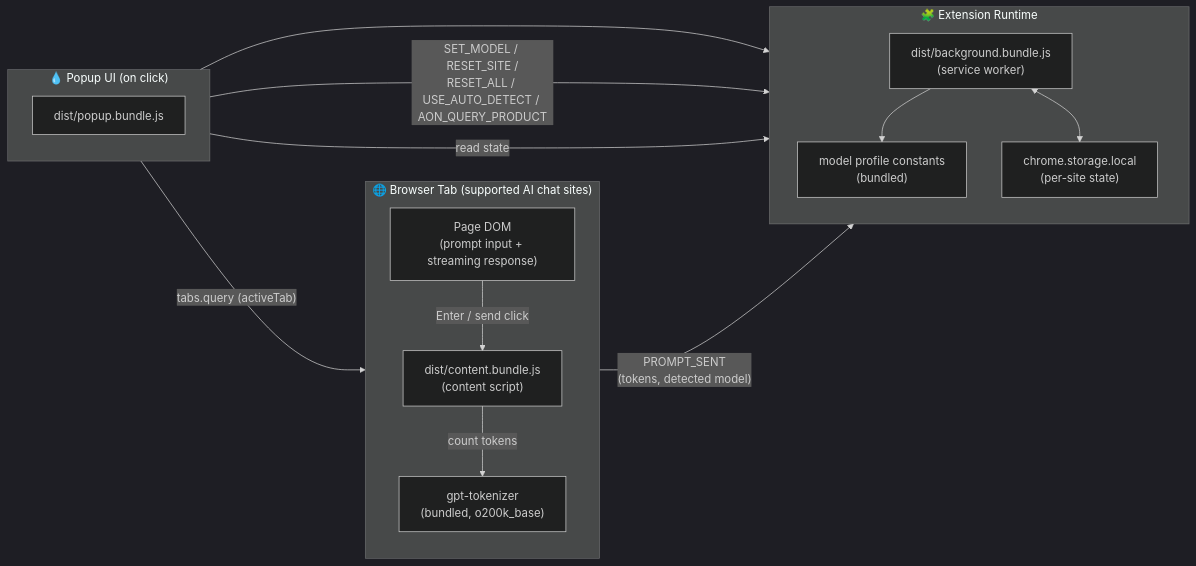
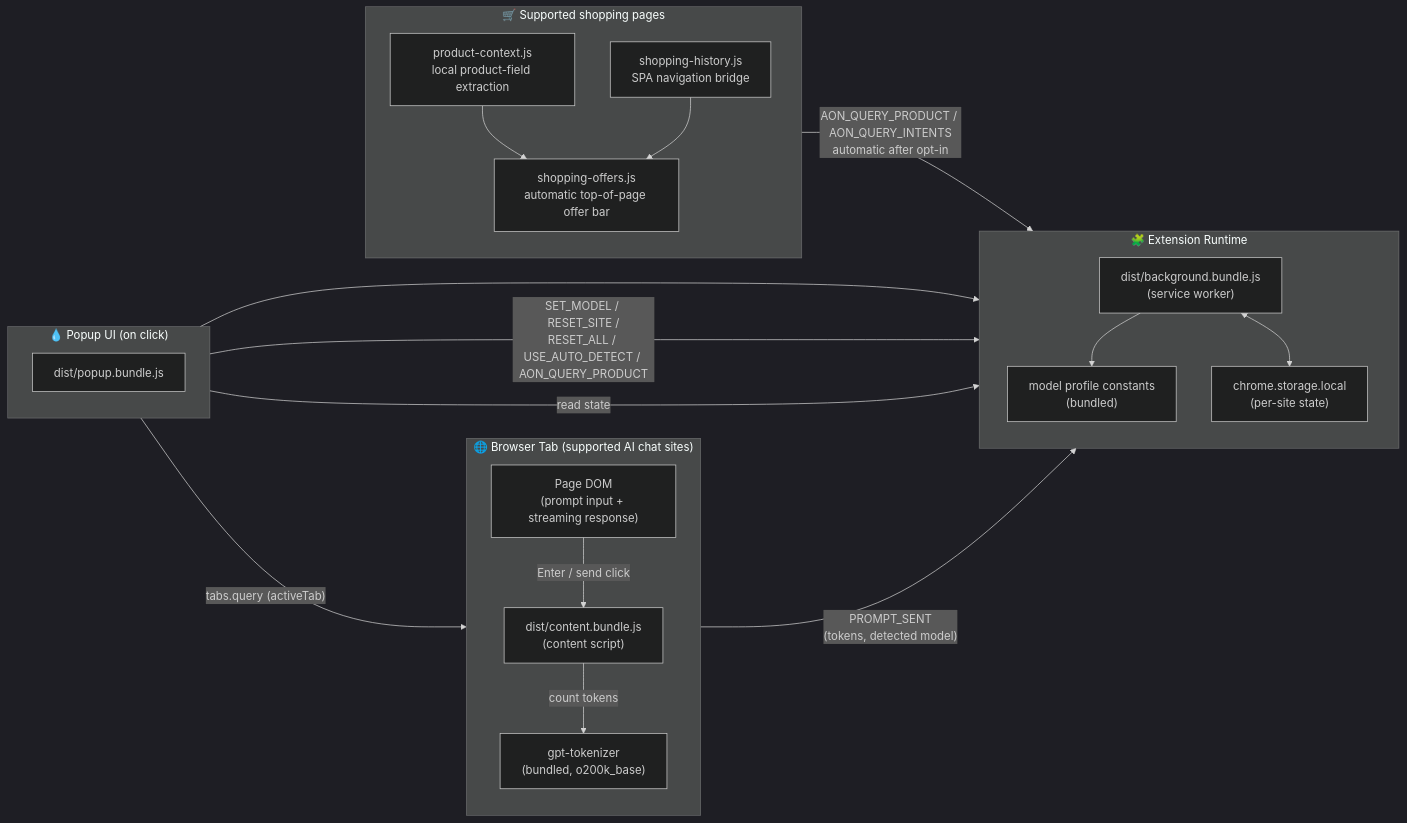
One commit to ayush60728/AquaTrace changed the diagram in README.md. Above: the diagram before and after it, drawn with Mermaid (dark theme). The commit also changed other lines of this file and 4 other files, not shown here.

````diff
--- a/README.md
+++ b/README.md
@@ -7,35 +7,45 @@
 ```mermaid
 graph LR
     %% ── Browser Tab ──────────────────────────────────────
     subgraph TAB["🌐 Browser Tab (supported AI chat sites)"]
         direction TB
         DOM["Page DOM\n(prompt input + streaming response)"]
         CS["dist/content.bundle.js\n(content script)"]
         TOK["gpt-tokenizer\n(bundled, o200k_base)"]
         DOM -->|"Enter / send click"| CS
         CS -->|"count tokens"| TOK
     end
 
     %% ── Extension Runtime ────────────────────────────────
     subgraph EXT["🧩 Extension Runtime"]
         direction TB
         BG["dist/background.bundle.js\n(service worker)"]
         CFG["model profile constants\n(bundled)"]
         STORE["chrome.storage.local\n(per-site state)"]
         BG --> CFG
         BG <--> STORE
     end
 
     %% ── Popup UI ─────────────────────────────────────────
     subgraph POPUP["💧 Popup UI (on click)"]
         direction TB
         UI["dist/popup.bundle.js"]
         UI --> CFG
     end
 
+    subgraph SHOP["🛒 Supported shopping pages"]
+        direction TB
+        BAR["shopping-offers.js\nautomatic top-of-page offer bar"]
+        PRODUCT["product-context.js\nlocal product-field extraction"]
+        HISTORY["shopping-history.js\nSPA navigation bridge"]
+    end
+
     %% ── Flows ────────────────────────────────────────────
     CS -->|"PROMPT_SENT\n(tokens, detected model)"| BG
      UI -->|"SET_MODEL / RESET_SITE /\nRESET_ALL / USE_AUTO_DETECT / AON_QUERY_PRODUCT"| BG
-    UI -->|"tabs.query (activeTab)"| TAB
-    UI -->|"read state"| STORE
+     UI -->|"tabs.query (activeTab)"| TAB
+     UI -->|"read state"| STORE
+     BAR -->|"AON_QUERY_PRODUCT / AON_QUERY_INTENTS\nautomatic after opt-in"| BG
+     PRODUCT --> BAR
+     HISTORY --> BAR
 ```
````
